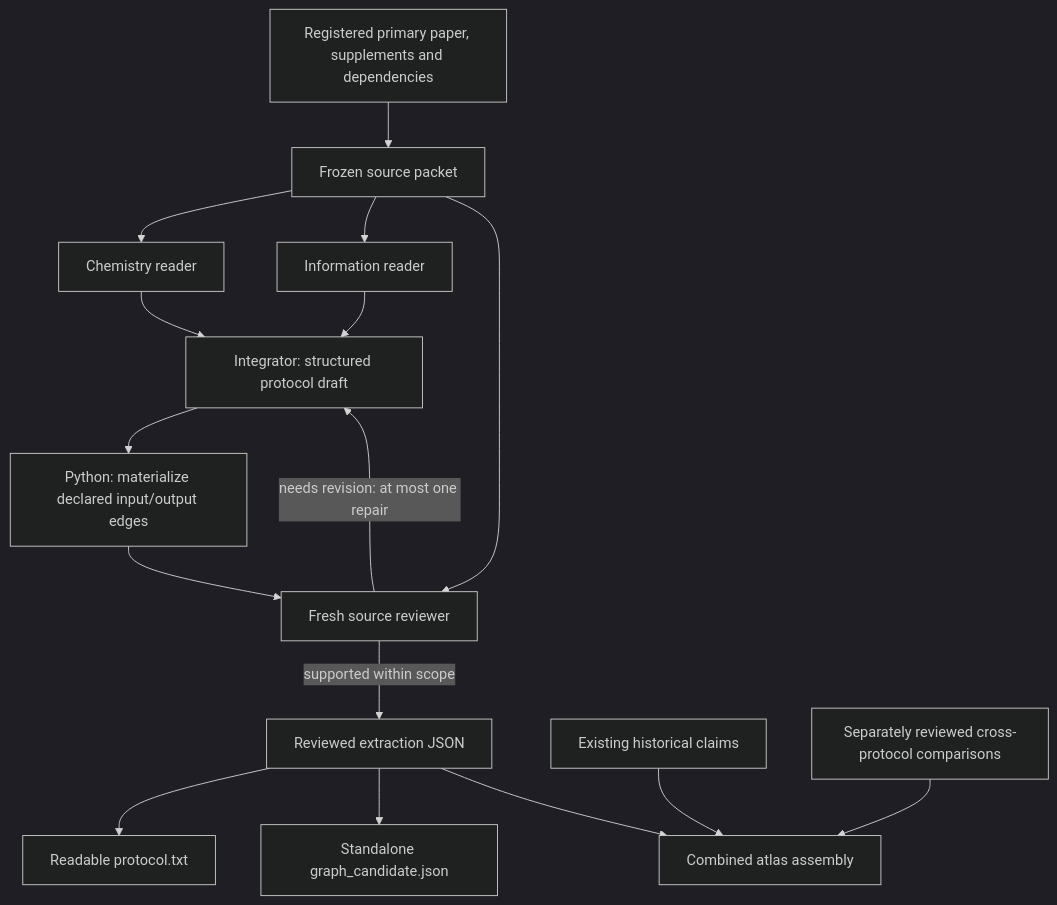
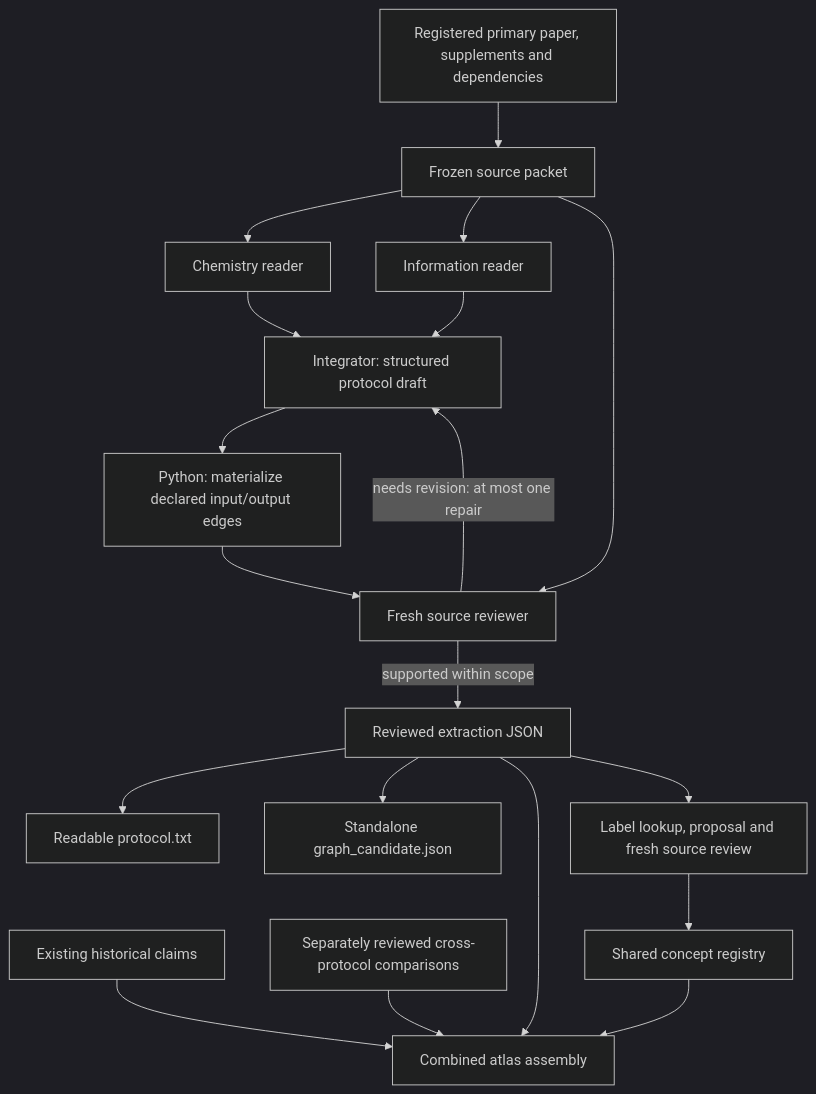
Before and after one commit to stojkovicMihajlo/-sequencing-technology-atlas: the diagram in README.md, drawn with Mermaid (dark theme). The commit also changed other lines of this file and 21 other files, not shown here.

Commit message:
Add reviewed operation label registry and live pilot

````diff
--- a/README.md
+++ b/README.md
@@ -47,18 +54,21 @@
 ```mermaid
 flowchart TD
     S[Registered primary paper, supplements and dependencies] --> P[Frozen source packet]
     P --> C[Chemistry reader]
     P --> I[Information reader]
     C --> W[Integrator: structured protocol draft]
     I --> W
     W --> A[Python: materialize declared input/output edges]
     A --> R[Fresh source reviewer]
     P --> R
     R -->|needs revision: at most one repair| W
     R -->|supported within scope| J[Reviewed extraction JSON]
     J --> T[Readable protocol.txt]
     J --> G[Standalone graph_candidate.json]
     J --> B[Combined atlas assembly]
     H[Existing historical claims] --> B
     M[Separately reviewed cross-protocol comparisons] --> B
+    J --> L[Label lookup, proposal and fresh source review]
+    L --> K[Shared concept registry]
+    K --> B
 ```
````
